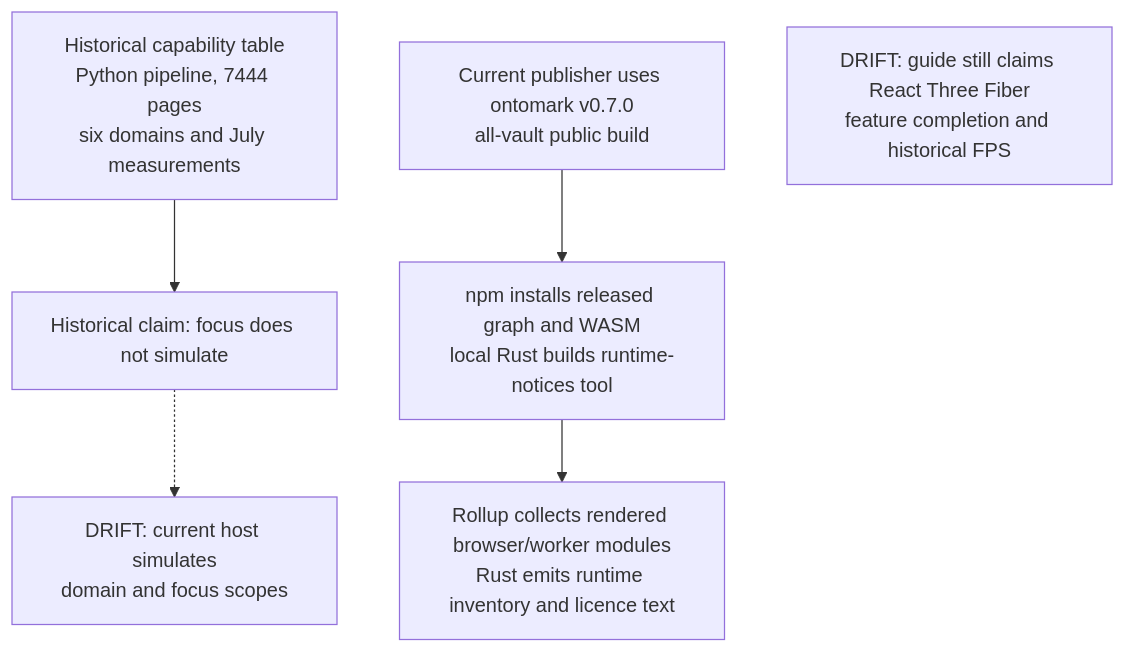
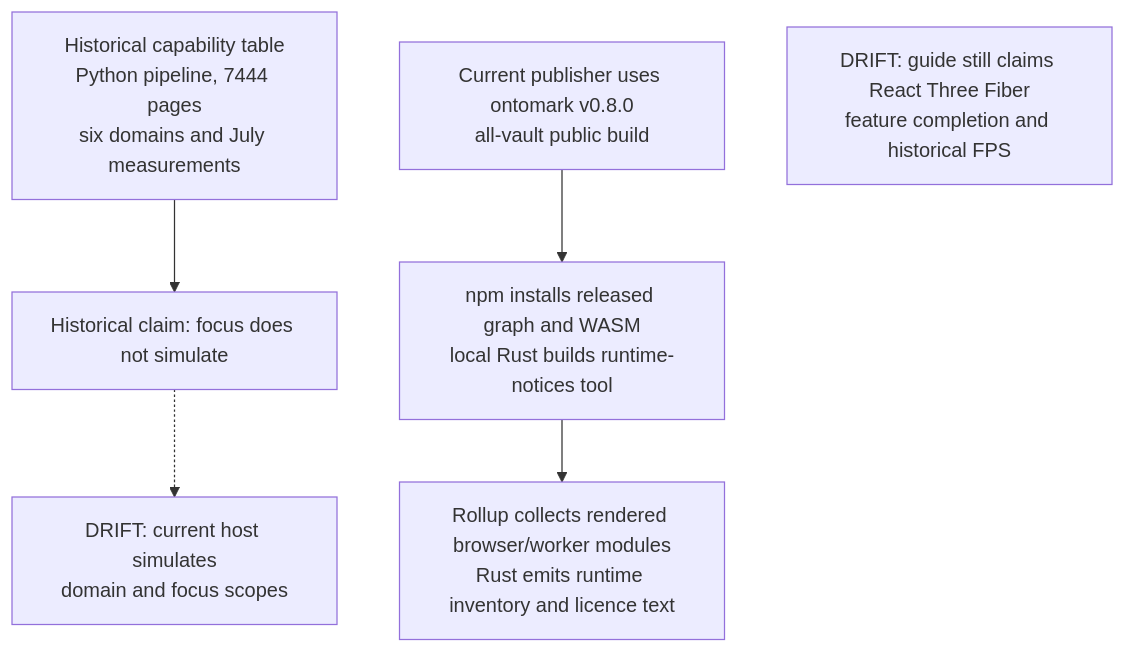
The third of 6 diagrams in docs/diagrams/visiongraph/06-shipping-explorer-duplication.md (DreamLab-AI/VisionFlow), drawn with Mermaid before and after one commit. The commit also changed other lines of this file and 49 other files, not shown here.

First line of the commit message:
docs(diagrams): re-derive and re-stamp VisionClaw, estate, knowledge-graph, visionGraph, VisionFlow and sidestr topics

````diff
--- a/docs/diagrams/visiongraph/06-shipping-explorer-duplication.md
+++ b/docs/diagrams/visiongraph/06-shipping-explorer-duplication.md
@@ -91,20 +91,20 @@
 ```mermaid
 flowchart TB
     %% Source: ../visionGraph/publishing-tools/WasmVOWL/CAPABILITIES.md:24
     A["Historical capability table<br/>Python pipeline, 7444 pages<br/>six domains and July measurements"]
     %% Source: ../visionGraph/publishing-tools/WasmVOWL/CAPABILITIES.md:50
     A --> B["Historical claim: focus does not simulate"]
     %% Source: ../visionGraph/publishing-tools/WasmVOWL/modern/src/components/Canvas/GraphCanvas.tsx:44
     B -.-> C["DRIFT: current host simulates<br/>domain and focus scopes"]
     %% Source: ../visionGraph/.github/workflows/publish.yml:48
-    %% Source: ../visionGraph/.github/workflows/publish.yml:175
-    D["Current publisher uses ontomark v0.7.0<br/>all-vault public build"]
+    %% Source: ../visionGraph/.github/workflows/publish.yml:174
+    D["Current publisher uses ontomark v0.8.0<br/>all-vault public build"]
     %% Source: ../visionGraph/publishing-tools/WasmVOWL/modern/package.json:8
     %% Source: ../visionGraph/publishing-tools/WasmVOWL/modern/package.json:24
     D --> E["npm installs released graph and WASM<br/>local Rust builds runtime-notices tool"]
     %% Source: ../visionGraph/publishing-tools/WasmVOWL/modern/build/runtimeNotices.ts:12
     %% Source: ../visionGraph/publishing-tools/WasmVOWL/modern/build/runtimeNotices.ts:22
     E --> F["Rollup collects rendered browser/worker modules<br/>Rust emits runtime inventory and licence text"]
     %% Source: ../visionGraph/publishing-tools/WasmVOWL/CLAUDE.md:8
     G["DRIFT: guide still claims React Three Fiber<br/>feature completion and historical FPS"]
 ```
````
